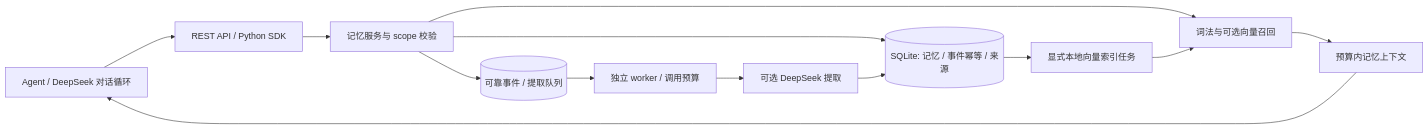
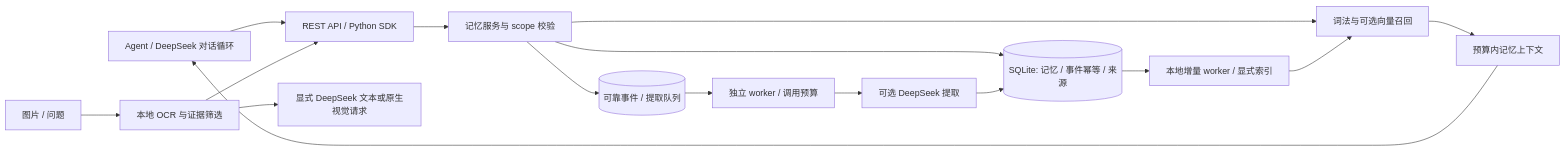
The diagram in docs/architecture.md (dewbreak/fishkeeping), drawn with Mermaid before and after one commit. The commit also changed other lines of this file and 34 other files, not shown here.

Commit message:
feat: add low-token DeepSeek vision evidence and image event APIs

````diff
--- a/docs/architecture.md
+++ b/docs/architecture.md
@@ -21,15 +21,18 @@
 ```mermaid
 flowchart LR
   A[Agent / DeepSeek 对话循环] --> B[REST API / Python SDK]
   B --> C[记忆服务与 scope 校验]
   C --> D[(SQLite: 记忆 / 事件幂等 / 来源)]
   C --> E[词法与可选向量召回]
   C --> Q[(可靠事件 / 提取队列)]
   Q --> W[独立 worker / 调用预算]
   W --> F[可选 DeepSeek 提取]
   F --> D
-  D --> I[显式本地向量索引任务]
+  D --> I[本地增量 worker / 显式索引]
   I --> E
   E --> G[预算内记忆上下文]
   G --> A
+  P[图片 / 问题] --> O[本地 OCR 与证据筛选]
+  O --> B
+  O --> V[显式 DeepSeek 文本或原生视觉请求]
 ```
````
